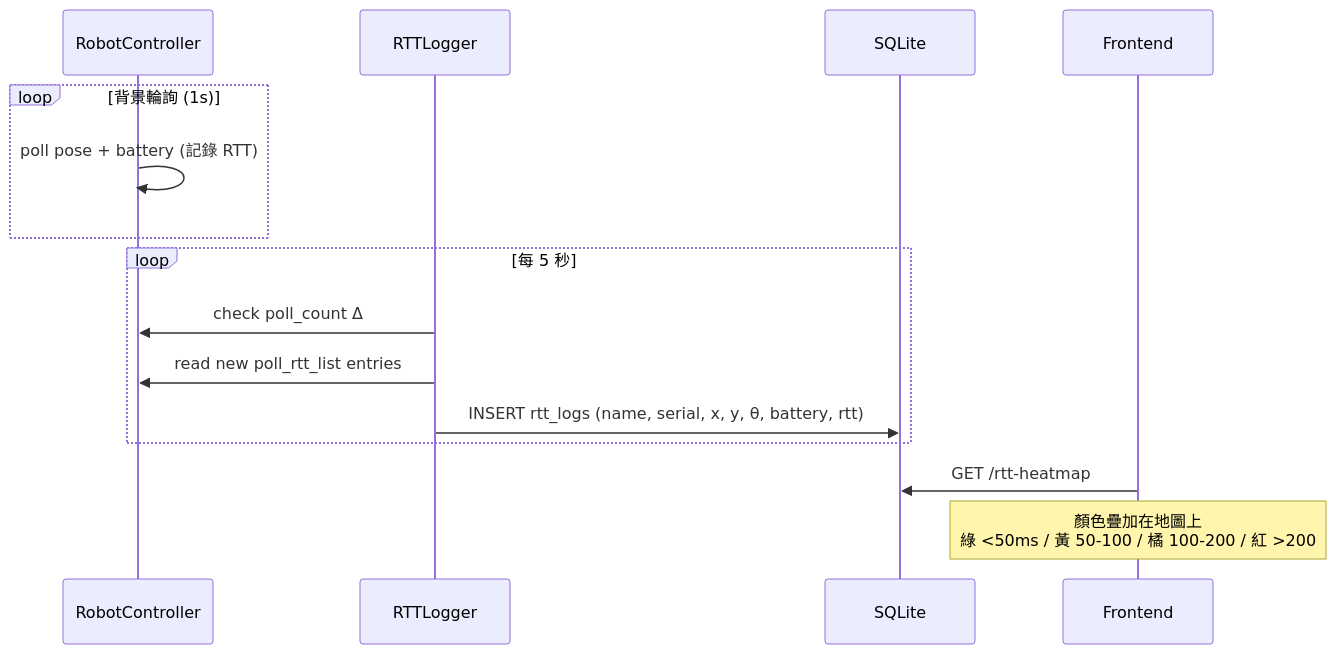
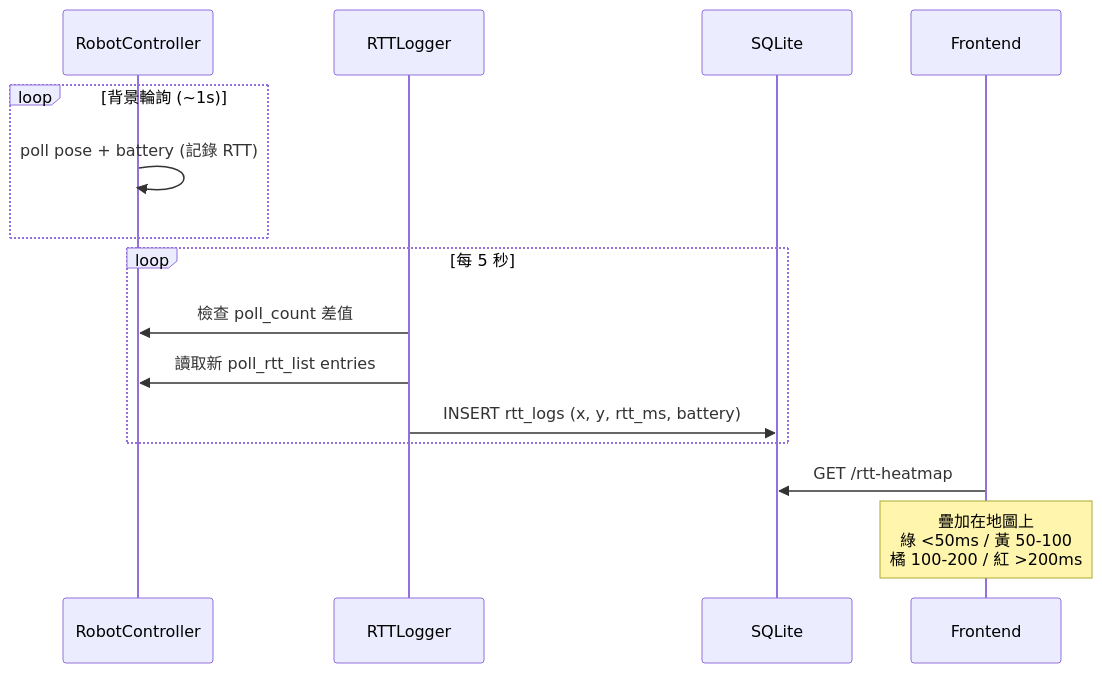
One commit to Sigma-Snaken/pi-zigbee changed the fifth of 5 diagrams in README.md. Above: the diagram before and after it, drawn with Mermaid. The commit also changed other lines of this file, not shown here.

First line of the commit message:
docs: rewrite README with comprehensive hardware/software architecture

````diff
--- a/README.md
+++ b/README.md
@@ -183,18 +168,18 @@
 ```mermaid
 sequenceDiagram
     participant RC as RobotController
     participant RL as RTTLogger
     participant DB as SQLite
     participant FE as Frontend
 
-    loop 背景輪詢 (1s)
+    loop 背景輪詢 (~1s)
         RC->>RC: poll pose + battery (記錄 RTT)
     end
     loop 每 5 秒
-        RL->>RC: check poll_count Δ
-        RL->>RC: read new poll_rtt_list entries
-        RL->>DB: INSERT rtt_logs (name, serial, x, y, θ, battery, rtt)
+        RL->>RC: 檢查 poll_count 差值
+        RL->>RC: 讀取新 poll_rtt_list entries
+        RL->>DB: INSERT rtt_logs (x, y, rtt_ms, battery)
     end
     FE->>DB: GET /rtt-heatmap
-    Note over FE: 顏色疊加在地圖上<br/>綠 <50ms / 黃 50-100 / 橘 100-200 / 紅 >200
+    Note over FE: 疊加在地圖上<br/>綠 <50ms / 黃 50-100<br/>橘 100-200 / 紅 >200ms
 ```
````
